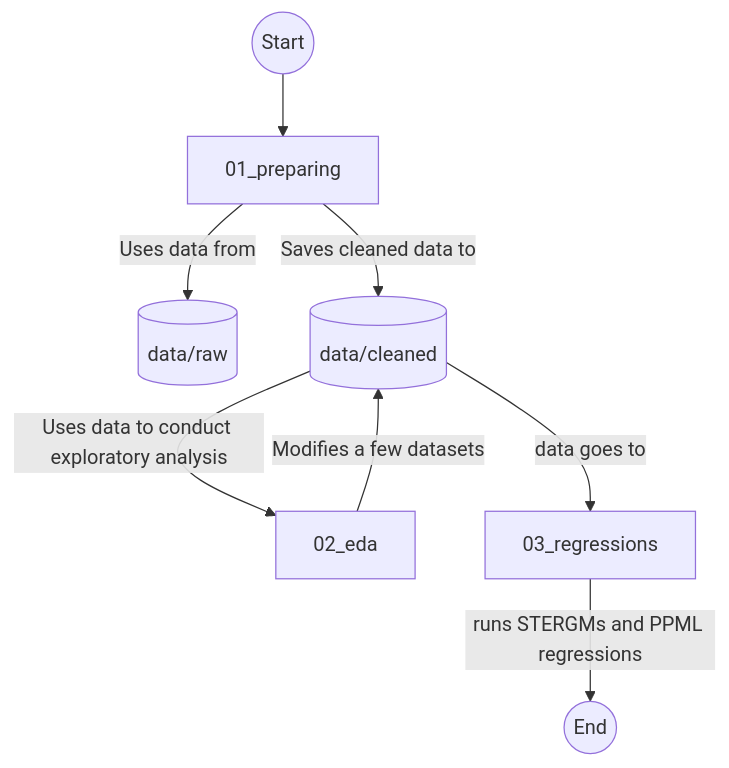
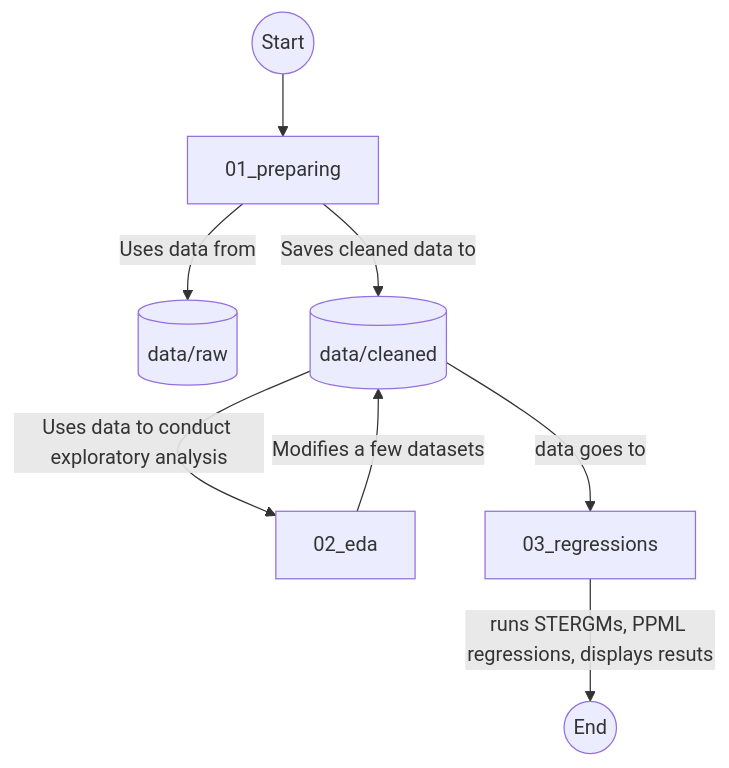
One commit to TAD600/Global_Cultural_Trade_Network changed the diagram in README.md. Above: the diagram before and after it, drawn with Mermaid. The commit also changed other lines of this file, not shown here.

````diff
--- a/README.md
+++ b/README.md
@@ -4,10 +4,10 @@
 ```mermaid
 flowchart TD
     A((Start)) --> B[01_preparing]
     B -->|Uses data from| C[(data/raw)]
     B -->|Saves cleaned data to| D[(data/cleaned)]
     D --> |Uses data to conduct exploratory analysis|E[02_eda]
     E -->|Modifies a few datasets| D
     D --> |data goes to|F[03_regressions]
-    F -->|runs STERGMs and PPML regressions|H((End))
+    F -->|runs STERGMs, PPML regressions, displays resuts|H((End))
 ```
````
